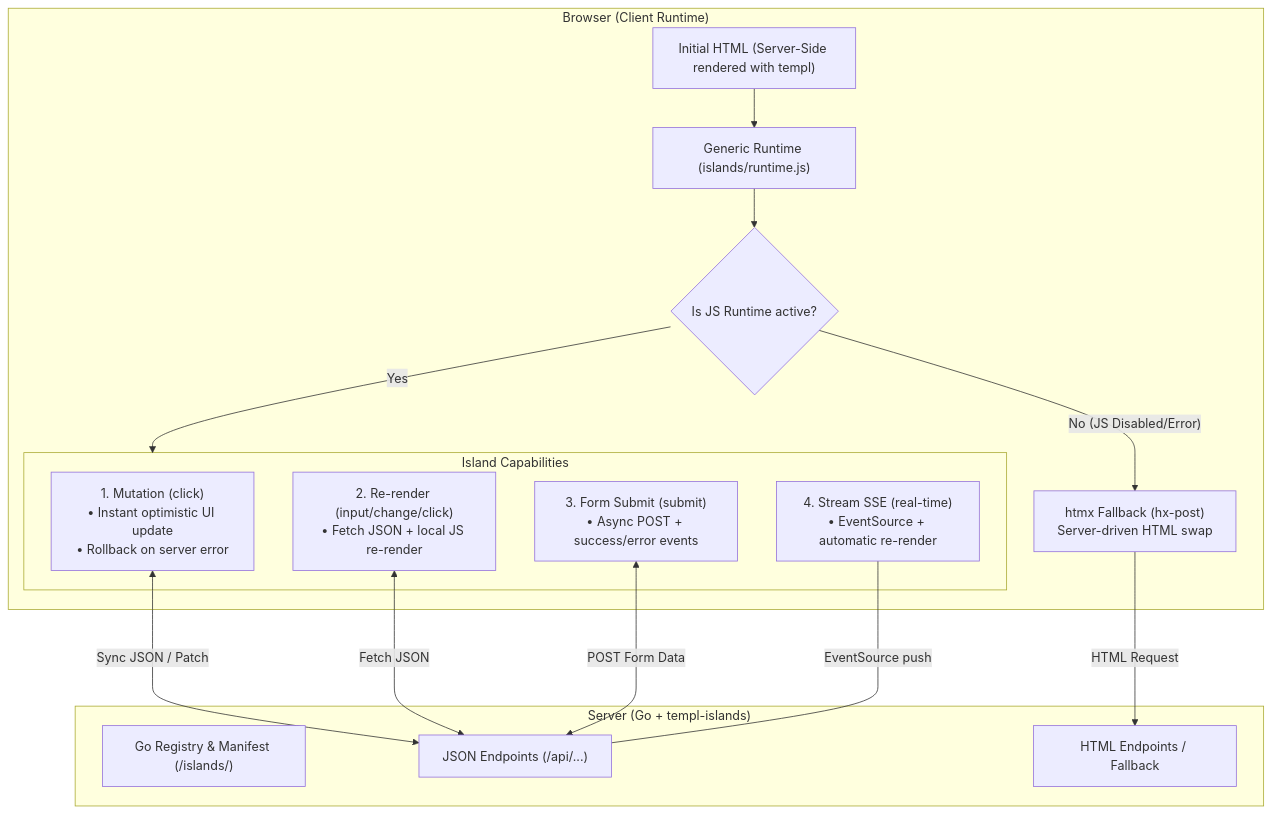
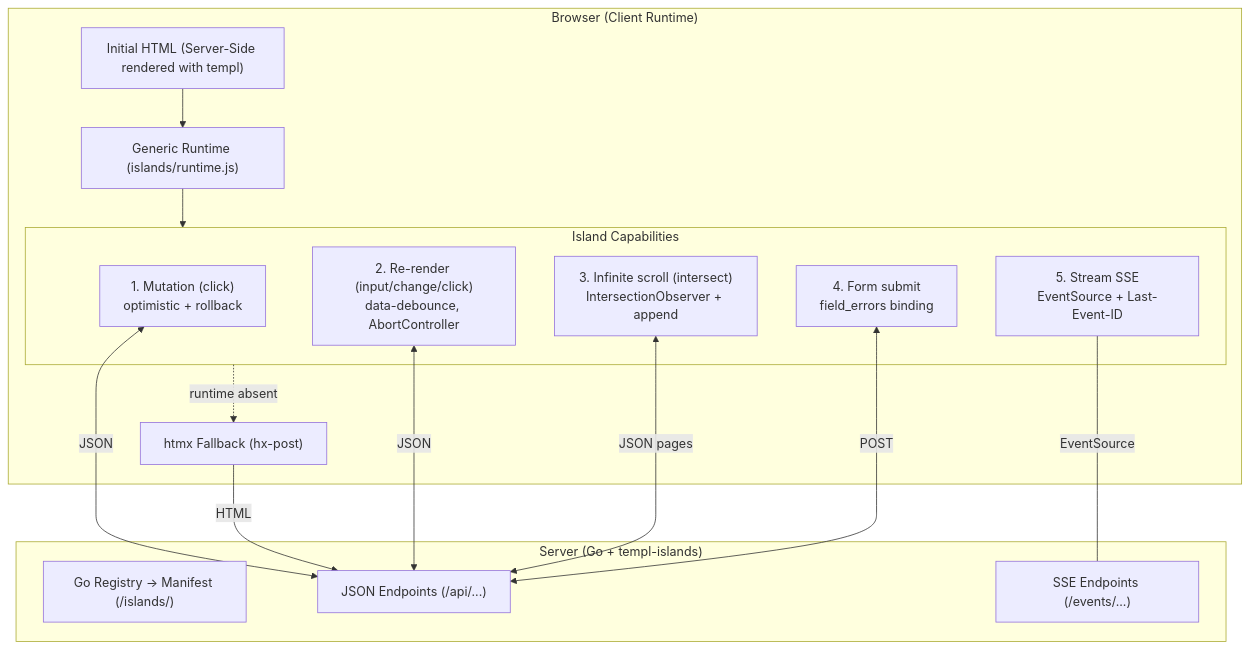
The diagram in README.md (SalvucciFacundo/templ-islands), drawn with Mermaid before and after one commit. The commit also changed other lines of this file and 1 other file, not shown here.

````diff
--- a/README.md
+++ b/README.md
@@ -131,36 +192,29 @@
 ```mermaid
 flowchart TD
     subgraph Client ["Browser (Client Runtime)"]
         SSR["Initial HTML (Server-Side rendered with templ)"]
-        Hydration["Generic Runtime (islands/runtime.js)"]
-        
-        subgraph Capabilities ["Island Capabilities"]
-            Mut["1. Mutation (click)<br/>• Instant optimistic UI update<br/>• Rollback on server error"]
-            Ren["2. Re-render (input/change/click)<br/>• Fetch JSON + local JS re-render"]
-            Form["3. Form Submit (submit)<br/>• Async POST + success/error events"]
-            Stream["4. Stream SSE (real-time)<br/>• EventSource + automatic re-render"]
+        Runtime["Generic Runtime (islands/runtime.js)"]
+        subgraph Caps ["Island Capabilities"]
+            M["1. Mutation (click)<br/>optimistic + rollback"]
+            R["2. Re-render (input/change/click)<br/>data-debounce, AbortController"]
+            I["3. Infinite scroll (intersect)<br/>IntersectionObserver + append"]
+            F["4. Form submit<br/>field_errors binding"]
+            S["5. Stream SSE<br/>EventSource + Last-Event-ID"]
         end
-
-        FallbackDecision{"Is JS Runtime active?"}
-        HTMX["htmx Fallback (hx-post)<br/>Server-driven HTML swap"]
+        HTMX["htmx Fallback (hx-post)"]
     end
-
     subgraph Server ["Server (Go + templ-islands)"]
-        Registry["Go Registry & Manifest (/islands/)"]
-        JSONAPI["JSON Endpoints (/api/...)"]
-        HTMLBackend["HTML Endpoints / Fallback"]
+        Registry["Go Registry → Manifest (/islands/)"]
+        JSON["JSON Endpoints (/api/...)"]
+        SSE["SSE Endpoints (/events/...)"]
     end
-
-    SSR --> Hydration
-    Hydration --> FallbackDecision
-
-    FallbackDecision -- "No (JS Disabled/Error)" --> HTMX
-    HTMX -->|HTML Request| HTMLBackend
-
-    FallbackDecision -- "Yes" --> Capabilities
-    
-    Mut <-->|Sync JSON / Patch| JSONAPI
-    Ren <-->|Fetch JSON| JSONAPI
-    Form <-->|POST Form Data| JSONAPI
-    Stream <---|EventSource push| JSONAPI
+    SSR --> Runtime
+    Runtime --> Caps
+    M <-->|JSON| JSON
+    R <-->|JSON| JSON
+    I <-->|JSON pages| JSON
+    F <-->|POST| JSON
+    S <---|EventSource| SSE
+    Caps -. runtime absent .-> HTMX
+    HTMX -->|HTML| JSON
 ```
````
